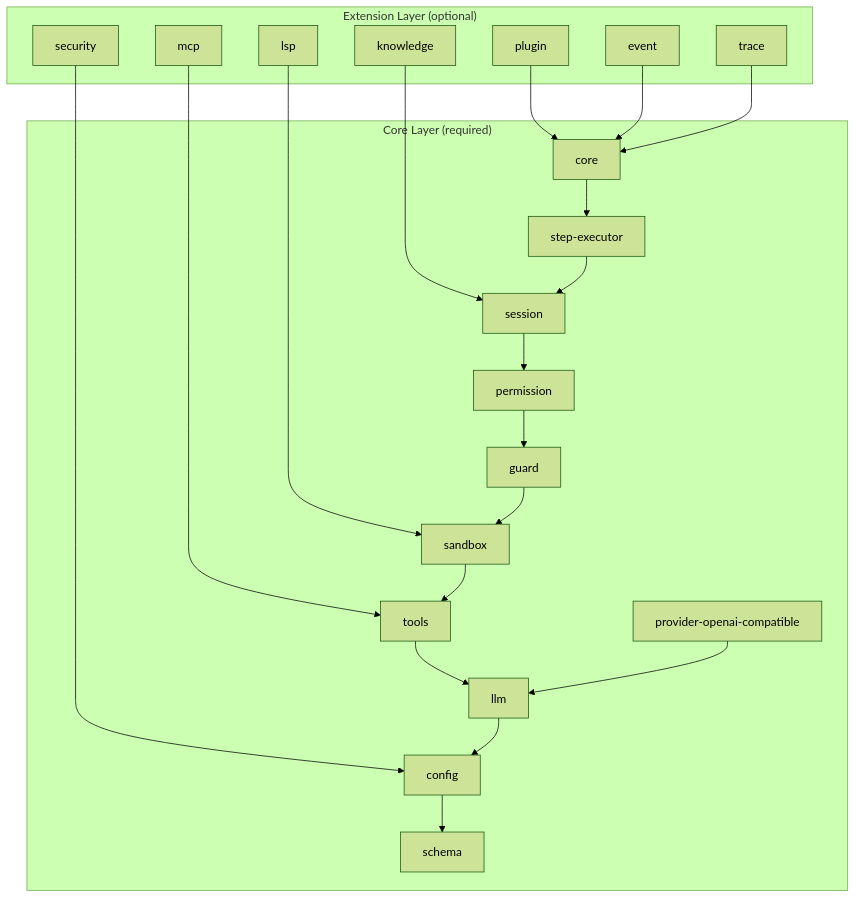
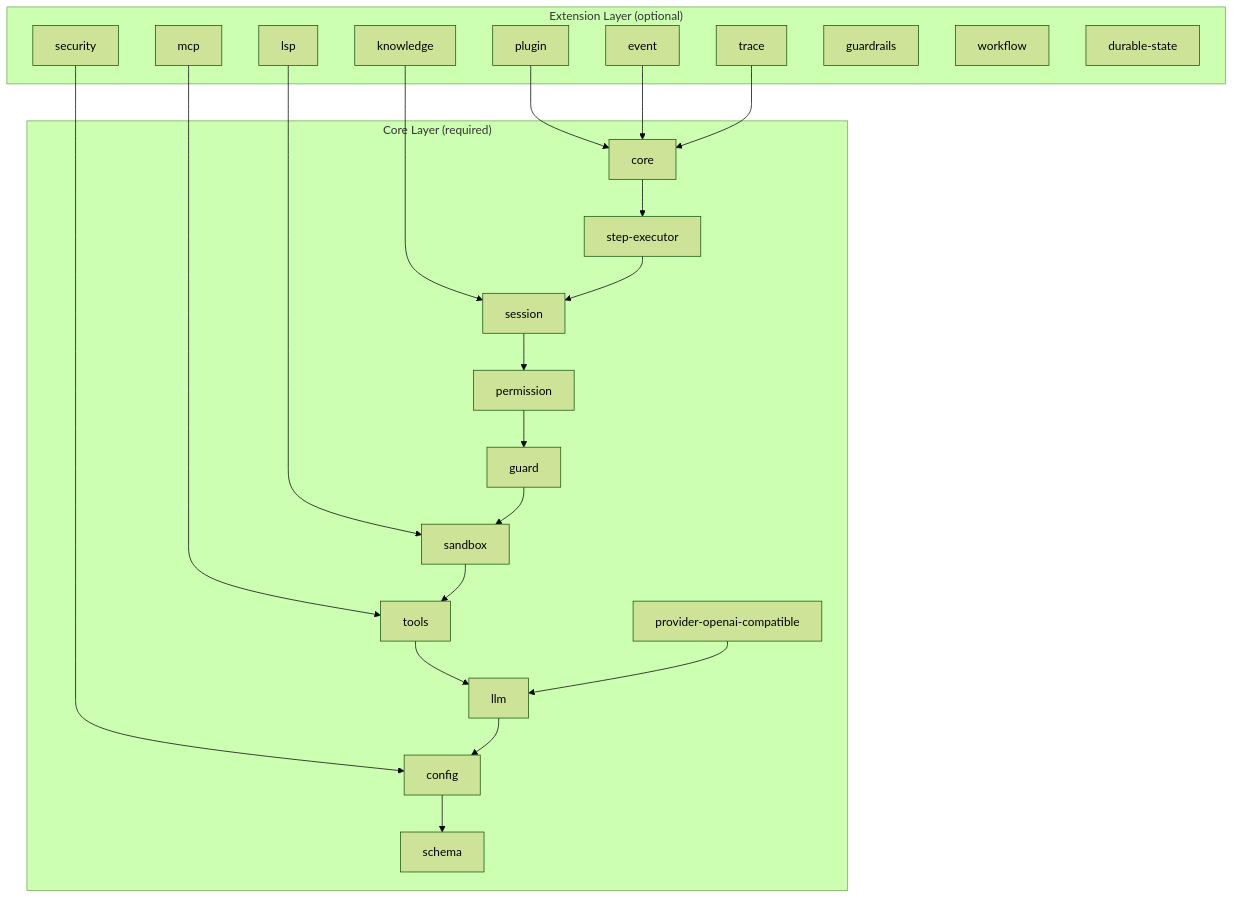
The diagram in docs/architecture/package-layers.en.md (vinhnt-develop/vinhnt-sdk), drawn with Mermaid (forest theme) before and after one commit. The commit also changed other lines of this file and 37 other files, not shown here.

````diff
--- a/docs/architecture/package-layers.en.md
+++ b/docs/architecture/package-layers.en.md
@@ -16,45 +16,48 @@
 ```mermaid
 graph TB
     subgraph "Extension Layer (optional)"
         EXT_PLUGIN["plugin"]
         EXT_KNOWLEDGE["knowledge"]
         EXT_EVENT["event"]
         EXT_MCP["mcp"]
         EXT_TRACE["trace"]
         EXT_SECURITY["security"]
         EXT_LSP["lsp"]
+        EXT_GUARDRAILS["guardrails"]
+        EXT_WORKFLOW["workflow"]
+        EXT_DURABLE["durable-state"]
     end
 
     subgraph "Core Layer (required)"
         CORE_CORE["core"]
         CORE_STEP["step-executor"]
         CORE_SESSION["session"]
         CORE_PERMISSION["permission"]
         CORE_GUARD["guard"]
         CORE_SANDBOX["sandbox"]
         CORE_TOOLS["tools"]
         CORE_LLM["llm"]
         CORE_CONFIG["config"]
         CORE_SCHEMA["schema"]
         CORE_PROVIDER["provider-openai-compatible"]
     end
 
     EXT_PLUGIN --> CORE_CORE
     EXT_KNOWLEDGE --> CORE_SESSION
     EXT_EVENT --> CORE_CORE
     EXT_MCP --> CORE_TOOLS
     EXT_TRACE --> CORE_CORE
     EXT_SECURITY --> CORE_CONFIG
     EXT_LSP --> CORE_SANDBOX
 
     CORE_CORE --> CORE_STEP
     CORE_STEP --> CORE_SESSION
     CORE_SESSION --> CORE_PERMISSION
     CORE_PERMISSION --> CORE_GUARD
     CORE_GUARD --> CORE_SANDBOX
     CORE_SANDBOX --> CORE_TOOLS
     CORE_TOOLS --> CORE_LLM
     CORE_LLM --> CORE_CONFIG
     CORE_CONFIG --> CORE_SCHEMA
     CORE_PROVIDER --> CORE_LLM
 ```
````
